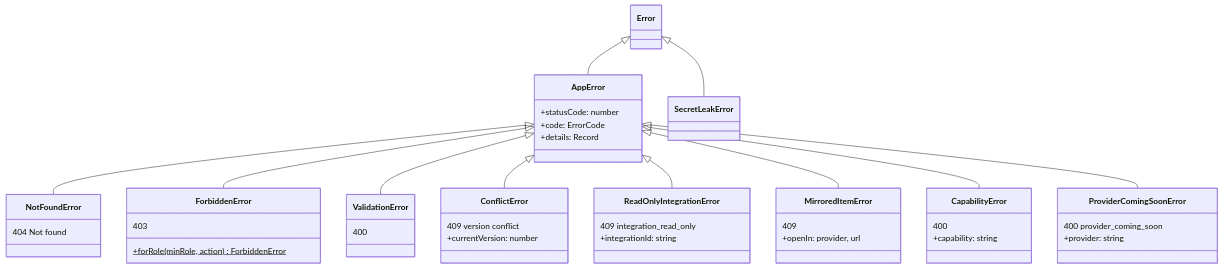
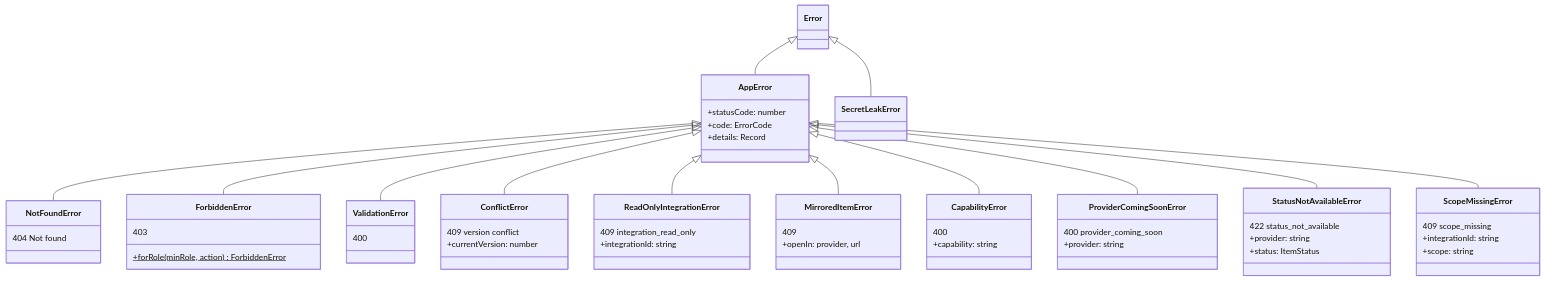
Before and after one commit to shalev396/ToDoList: the second of 7 diagrams in docs/design/CLASSES.md, drawn with Mermaid. The commit also changed other lines of this file, not shown here.

Commit message:
docs: CLASSES.md marks write-back built: updateTask, writableFields, calendar writes

````diff
--- a/docs/design/CLASSES.md
+++ b/docs/design/CLASSES.md
@@ -266,63 +266,77 @@
 ```mermaid
 classDiagram
   direction TB
   class Error
   class AppError {
     +statusCode: number
     +code: ErrorCode
     +details: Record
   }
   class NotFoundError {
     404 Not found
   }
   class ForbiddenError {
     403
     +forRole(minRole, action)$ ForbiddenError
   }
   class ValidationError {
     400
   }
   class ConflictError {
     409 version conflict
     +currentVersion: number
   }
   class ReadOnlyIntegrationError {
     409 integration_read_only
     +integrationId: string
   }
   class MirroredItemError {
     409
     +openIn: provider, url
   }
   class CapabilityError {
     400
     +capability: string
   }
   class ProviderComingSoonError {
     400 provider_coming_soon
     +provider: string
   }
+  class StatusNotAvailableError {
+    422 status_not_available
+    +provider: string
+    +status: ItemStatus
+  }
+  class ScopeMissingError {
+    409 scope_missing
+    +integrationId: string
+    +scope: string
+  }
   class SecretLeakError
   Error <|-- AppError
   Error <|-- SecretLeakError
   AppError <|-- NotFoundError
   AppError <|-- ForbiddenError
   AppError <|-- ValidationError
   AppError <|-- ConflictError
   AppError <|-- ReadOnlyIntegrationError
   AppError <|-- MirroredItemError
   AppError <|-- CapabilityError
   AppError <|-- ProviderComingSoonError
+  AppError <|-- StatusNotAvailableError
+  AppError <|-- ScopeMissingError
 
   classDef built fill:#d1fae5,stroke:#047857,stroke-width:2px
   class AppError:::built
   class NotFoundError:::built
   class ForbiddenError:::built
   class ValidationError:::built
   class ConflictError:::built
   class ReadOnlyIntegrationError:::built
   class MirroredItemError:::built
   class CapabilityError:::built
   class ProviderComingSoonError:::built
+  class StatusNotAvailableError:::built
+  class ScopeMissingError:::built
   class SecretLeakError:::built
 ```
````
